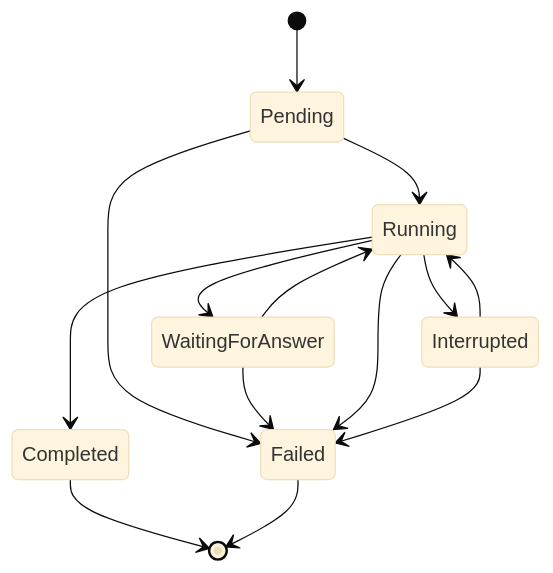
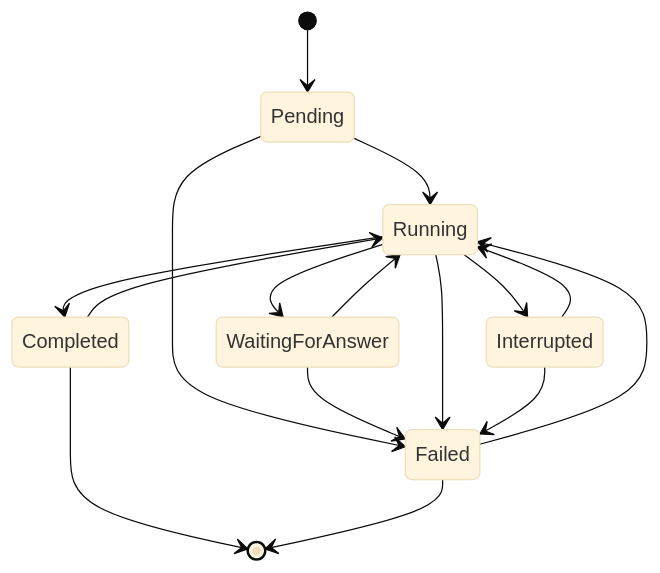
Before and after one commit to beeemT/substrate: the second of 3 diagrams in docs/01-domain-model.md, drawn with Mermaid (base theme). The commit also changed other lines of this file and 7 other files, not shown here.

````diff
--- a/docs/01-domain-model.md
+++ b/docs/01-domain-model.md
@@ -391,16 +399,18 @@
 ```mermaid
 stateDiagram-v2
     [*] --> Pending
     Pending --> Running
     Pending --> Failed
     Running --> WaitingForAnswer
     WaitingForAnswer --> Running
     WaitingForAnswer --> Failed
     Running --> Completed
     Running --> Interrupted
     Running --> Failed
     Interrupted --> Running
     Interrupted --> Failed
+    Completed --> Running
     Completed --> [*]
+    Failed --> Running
     Failed --> [*]
 ```
````
